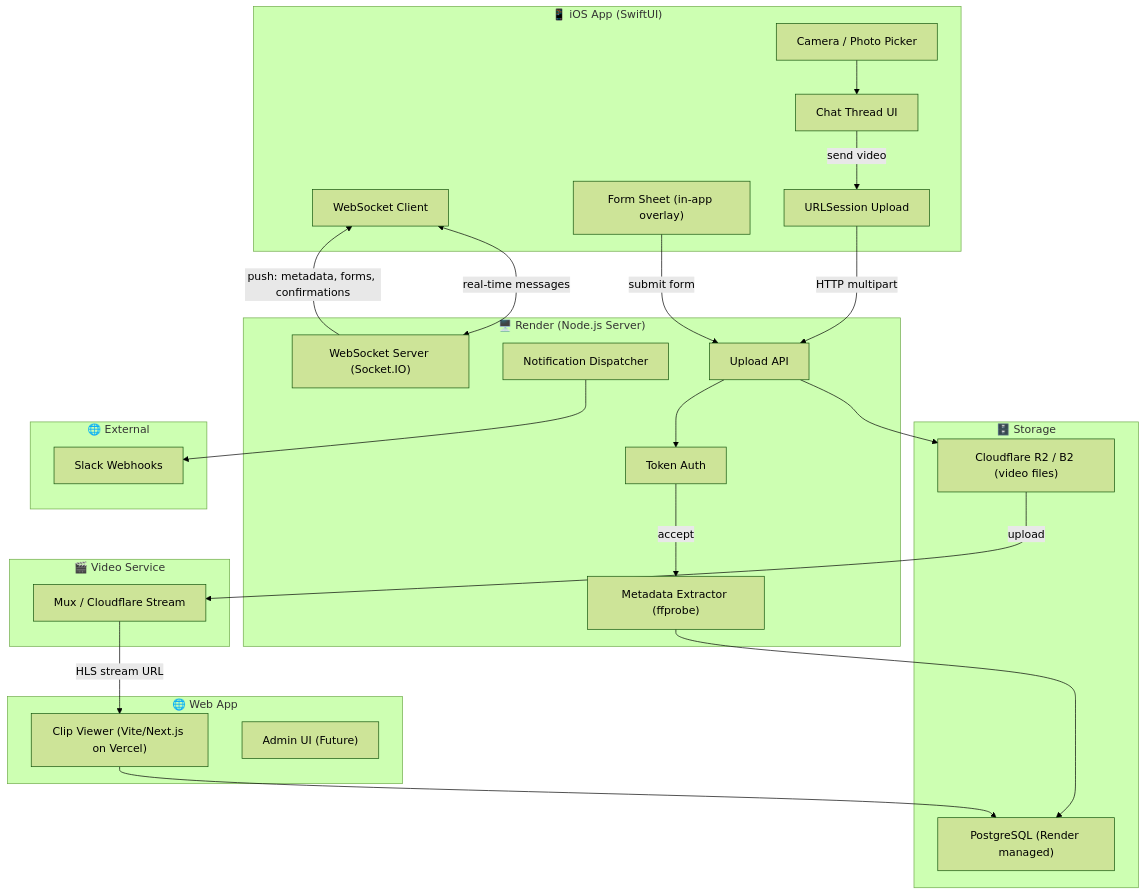
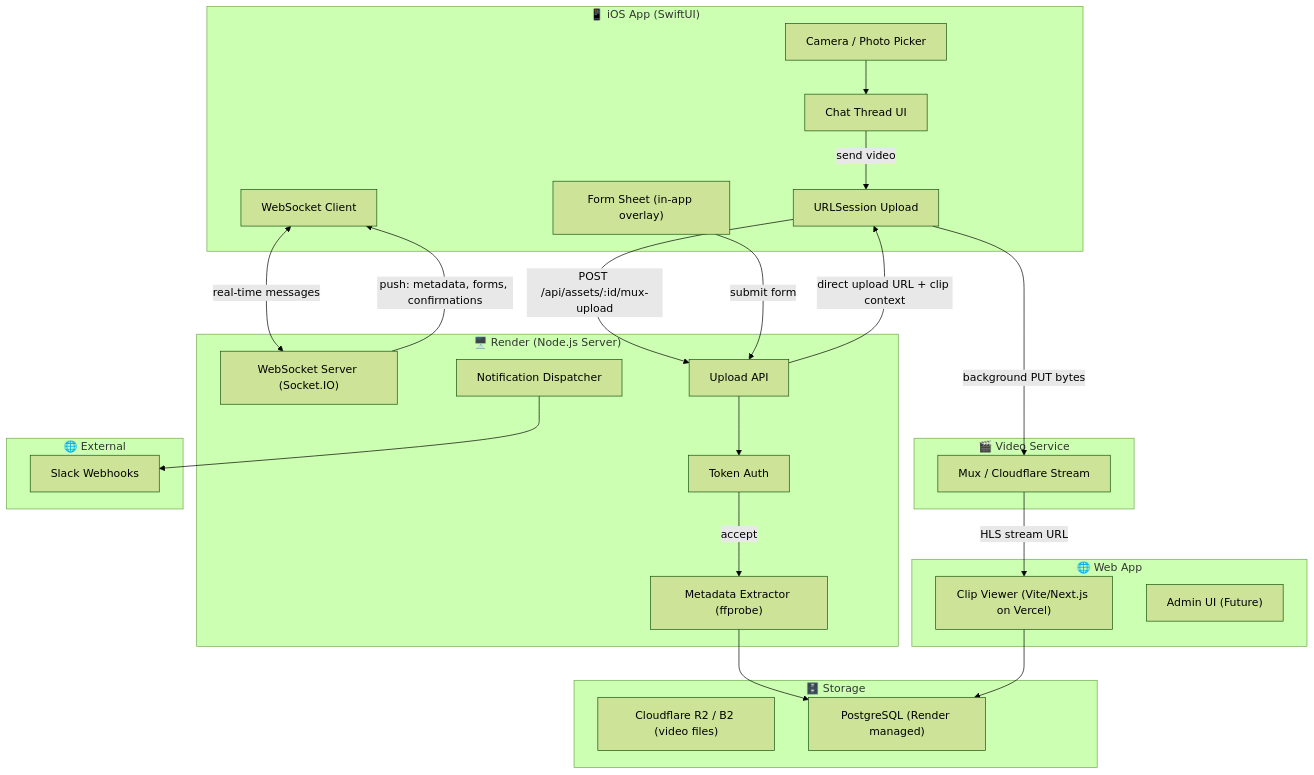
The second of 3 diagrams in PROJECT_SPEC.md (rgriola/Direct-Video-Uploader), drawn with Mermaid (forest theme) before and after one commit. The commit also changed other lines of this file and 13 other files, not shown here.

````diff
--- a/PROJECT_SPEC.md
+++ b/PROJECT_SPEC.md
@@ -319,51 +323,51 @@
 ```mermaid
 graph TB
     subgraph iPhone["📱 iOS App (SwiftUI)"]
         CHAT["Chat Thread UI"]
         CAM["Camera / Photo Picker"]
         WS_CLIENT["WebSocket Client"]
         UPLOAD["URLSession Upload"]
         FORMUI["Form Sheet (in-app overlay)"]
     end
 
     subgraph Render["🖥️ Render (Node.js Server)"]
         WS_SERVER["WebSocket Server (Socket.IO)"]
         AUTH["Token Auth"]
         API["Upload API"]
         META["Metadata Extractor (ffprobe)"]
         NOTIF["Notification Dispatcher"]
     end
 
     subgraph Storage["🗄️ Storage"]
         R2["Cloudflare R2 / B2 (video files)"]
         DB["PostgreSQL (Render managed)"]
     end
 
     subgraph Video["🎬 Video Service"]
         MUX["Mux / Cloudflare Stream"]
     end
 
     subgraph External["🌐 External"]
         SLACK["Slack Webhooks"]
     end
 
     subgraph Web["🌐 Web App"]
         VIEWER["Clip Viewer (Vite/Next.js on Vercel)"]
         ADMIN["Admin UI (Future)"]
     end
 
     CAM --> CHAT
     CHAT -->|"send video"| UPLOAD
-    UPLOAD -->|"HTTP multipart"| API
+    UPLOAD -->|"POST /api/assets/:id/mux-upload"| API
+    API -->|"direct upload URL + clip context"| UPLOAD
+    UPLOAD -->|"background PUT bytes"| MUX
     WS_CLIENT <-->|"real-time messages"| WS_SERVER
     API --> AUTH
     AUTH -->|"accept"| META
     META --> DB
-    API --> R2
-    R2 -->|"upload"| MUX
     MUX -->|"HLS stream URL"| VIEWER
     WS_SERVER -->|"push: metadata, forms, confirmations"| WS_CLIENT
     FORMUI -->|"submit form"| API
     NOTIF --> SLACK
     VIEWER --> DB
 ```
````
